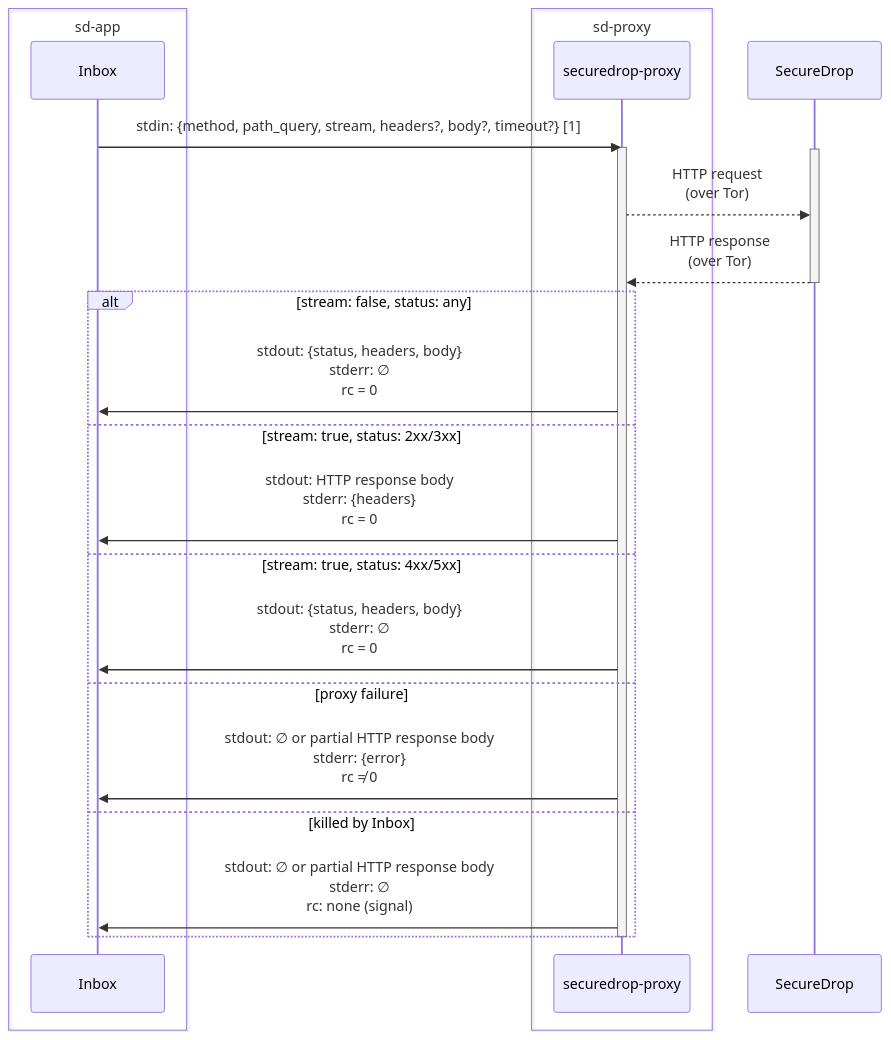
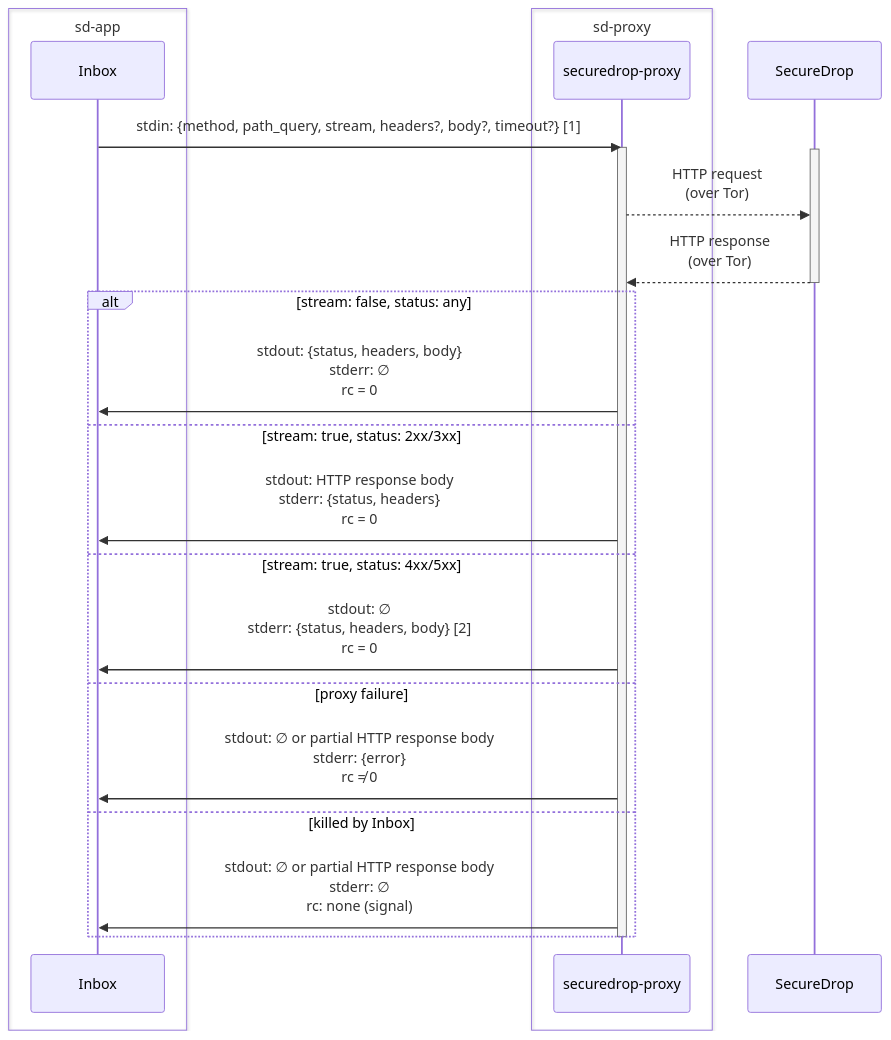
The diagram in proxy/README.md (freedomofpress/securedrop-client), drawn with Mermaid before and after one commit. The commit also changed other lines of this file, not shown here.

Commit message:
docs: disambiguate streamed stdout
For stream responses, make the standard output always the response body
(or empty) and the standard error always the status and headers (and any
error response).  Once implemented, this contract will allow the Inbox
to check the status from the (small) standard error rather than having
to buffer and parse the entire (potentially large) standard output in
order to determine its status.

````diff
--- a/proxy/README.md
+++ b/proxy/README.md
@@ -40,32 +40,32 @@
 ```mermaid
 sequenceDiagram
 
 box sd-app
 participant c as Inbox
 end
 box sd-proxy
 participant p as securedrop-proxy
 end
 participant s as SecureDrop
 
 c ->> p: stdin: {method, path_query, stream, headers?, body?, timeout?} [1]
 activate p
 activate s
 p -->> s: HTTP request<br>(over Tor)
 s -->> p: HTTP response<br>(over Tor)
 deactivate s
 
 alt stream: false, status: any
 p ->> c: stdout: {status, headers, body}<br>stderr: ∅<br>rc = 0
 else stream: true, status: 2xx/3xx
-p ->> c: stdout: HTTP response body<br>stderr: {headers}<br>rc = 0
+p ->> c: stdout: HTTP response body<br>stderr: {status, headers}<br>rc = 0
 else stream: true, status: 4xx/5xx
-p ->> c: stdout: {status, headers, body}<br>stderr: ∅<br>rc = 0
+p ->> c: stdout: ∅<br>stderr: {status, headers, body} [2]<br>rc = 0
 else proxy failure
 p ->> c: stdout: ∅ or partial HTTP response body<br>stderr: {error}<br>rc ≠ 0
 else killed by Inbox
 p ->> c: stdout: ∅ or partial HTTP response body<br>stderr: ∅<br>rc: none (signal)
 end
 
 deactivate p
 ```
````
